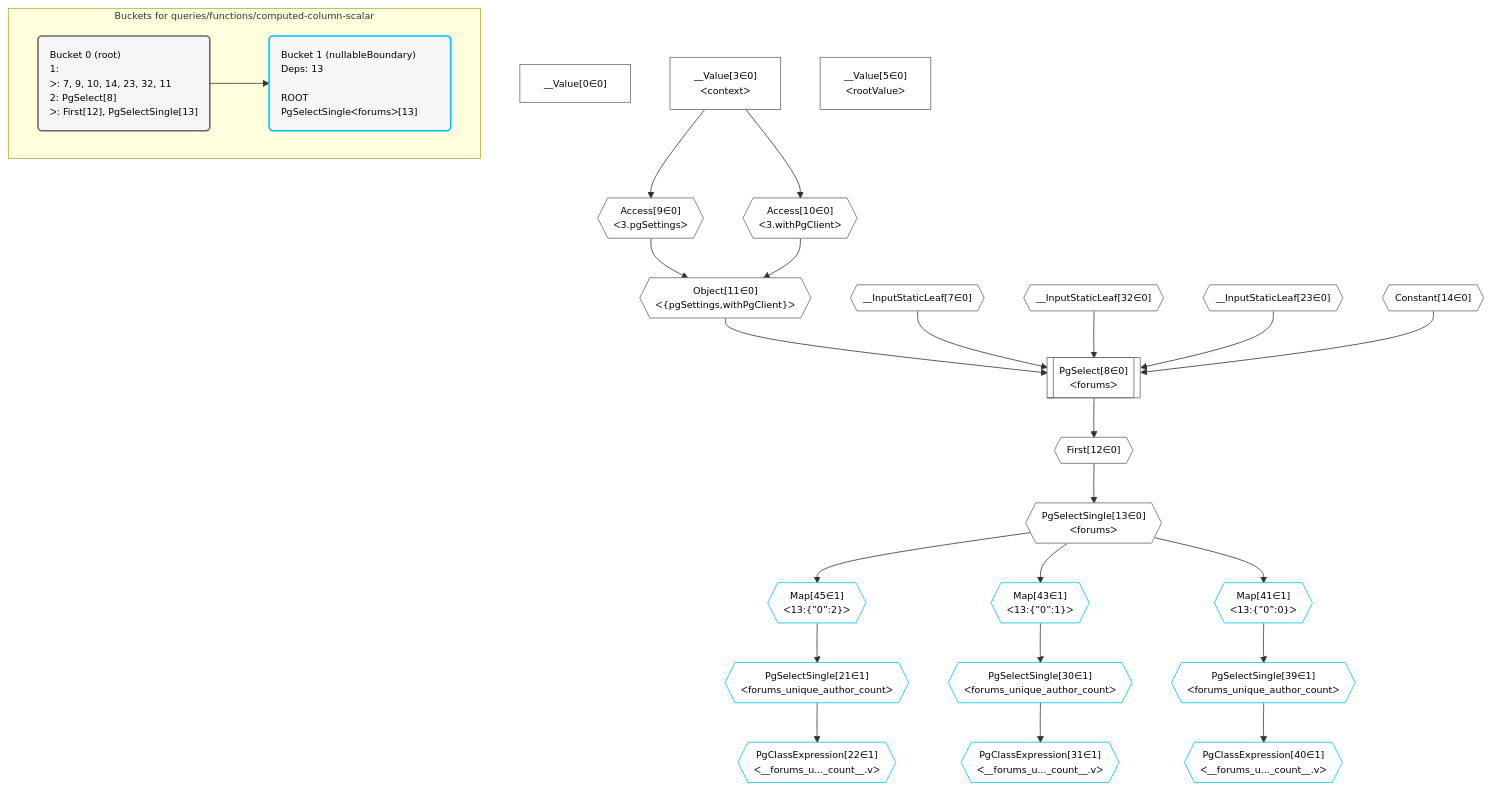
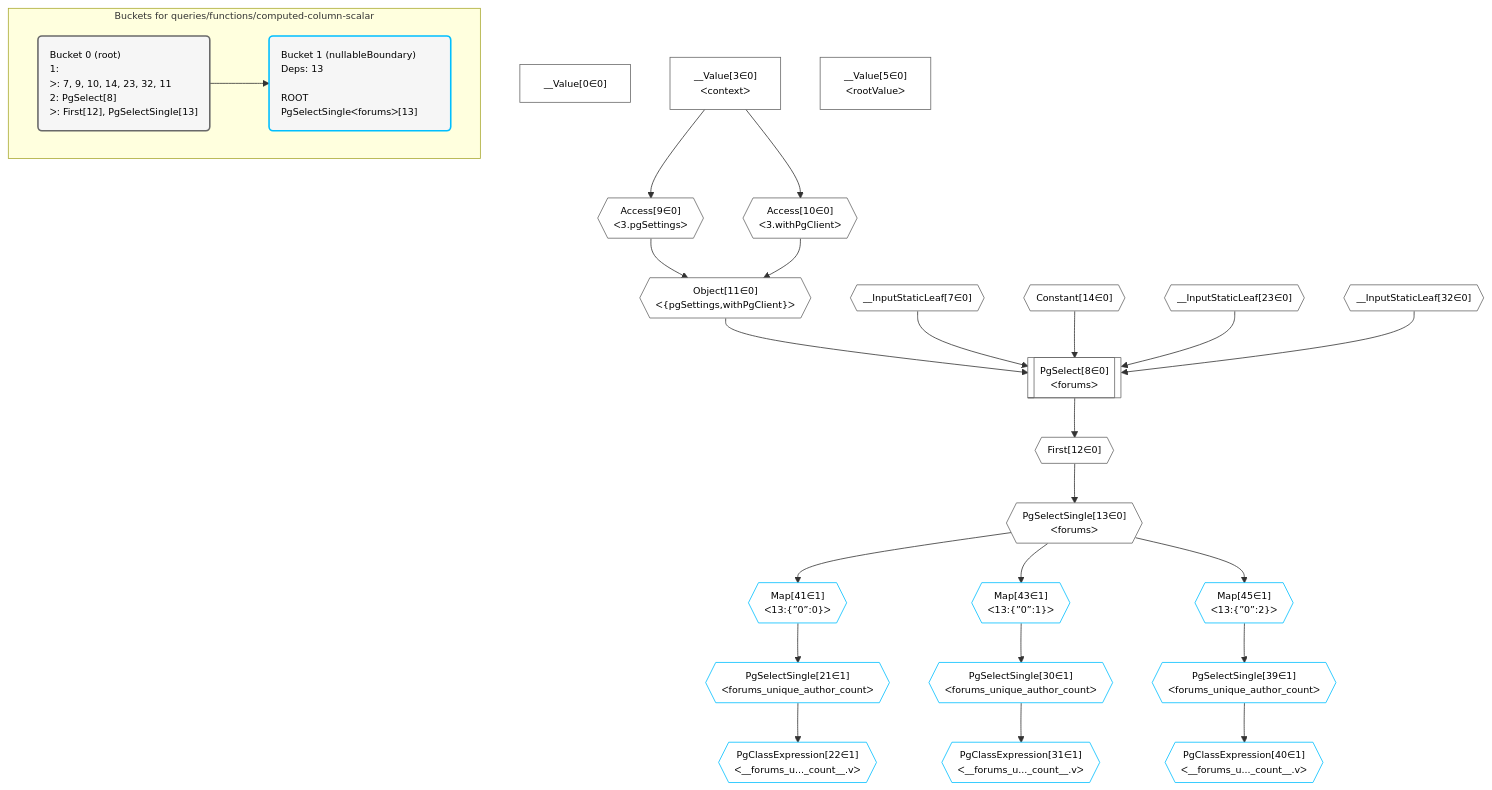
Before and after one commit to graphile/crystal: the diagram in grafast/dataplan-pg/__tests__/queries/functions/computed-column-scalar.mermaid, drawn with Mermaid. The commit also changed 245 other files, not shown here.

```diff
--- a/grafast/dataplan-pg/__tests__/queries/functions/computed-column-scalar.mermaid
+++ b/grafast/dataplan-pg/__tests__/queries/functions/computed-column-scalar.mermaid
@@ -1,60 +1,60 @@
 %%{init: {'themeVariables': { 'fontSize': '12px'}}}%%
 graph TD
     classDef path fill:#eee,stroke:#000,color:#000
     classDef plan fill:#fff,stroke-width:1px,color:#000
     classDef itemplan fill:#fff,stroke-width:2px,color:#000
     classDef unbatchedplan fill:#dff,stroke-width:1px,color:#000
     classDef sideeffectplan fill:#fcc,stroke-width:2px,color:#000
     classDef bucket fill:#f6f6f6,color:#000,stroke-width:2px,text-align:left
 
 
     %% define steps
     __Value0["__Value[0∈0]"]:::plan
     __Value3["__Value[3∈0]<br />ᐸcontextᐳ"]:::plan
     __Value5["__Value[5∈0]<br />ᐸrootValueᐳ"]:::plan
     __InputStaticLeaf7{{"__InputStaticLeaf[7∈0]"}}:::plan
     Access9{{"Access[9∈0]<br />ᐸ3.pgSettingsᐳ"}}:::plan
     Access10{{"Access[10∈0]<br />ᐸ3.withPgClientᐳ"}}:::plan
     Object11{{"Object[11∈0]<br />ᐸ{pgSettings,withPgClient}ᐳ"}}:::plan
+    Constant14{{"Constant[14∈0]"}}:::plan
+    __InputStaticLeaf23{{"__InputStaticLeaf[23∈0]"}}:::plan
     __InputStaticLeaf32{{"__InputStaticLeaf[32∈0]"}}:::plan
-    __InputStaticLeaf23{{"__InputStaticLeaf[23∈0]"}}:::plan
-    Constant14{{"Constant[14∈0]"}}:::plan
     PgSelect8[["PgSelect[8∈0]<br />ᐸforumsᐳ"]]:::plan
     First12{{"First[12∈0]"}}:::plan
     PgSelectSingle13{{"PgSelectSingle[13∈0]<br />ᐸforumsᐳ"}}:::plan
-    Map45{{"Map[45∈1]<br />ᐸ13:{”0”:2}ᐳ"}}:::plan
+    Map41{{"Map[41∈1]<br />ᐸ13:{”0”:0}ᐳ"}}:::plan
     PgSelectSingle21{{"PgSelectSingle[21∈1]<br />ᐸforums_unique_author_countᐳ"}}:::plan
     PgClassExpression22{{"PgClassExpression[22∈1]<br />ᐸ__forums_u..._count__.vᐳ"}}:::plan
     Map43{{"Map[43∈1]<br />ᐸ13:{”0”:1}ᐳ"}}:::plan
     PgSelectSingle30{{"PgSelectSingle[30∈1]<br />ᐸforums_unique_author_countᐳ"}}:::plan
     PgClassExpression31{{"PgClassExpression[31∈1]<br />ᐸ__forums_u..._count__.vᐳ"}}:::plan
-    Map41{{"Map[41∈1]<br />ᐸ13:{”0”:0}ᐳ"}}:::plan
+    Map45{{"Map[45∈1]<br />ᐸ13:{”0”:2}ᐳ"}}:::plan
     PgSelectSingle39{{"PgSelectSingle[39∈1]<br />ᐸforums_unique_author_countᐳ"}}:::plan
     PgClassExpression40{{"PgClassExpression[40∈1]<br />ᐸ__forums_u..._count__.vᐳ"}}:::plan
 
     %% plan dependencies
     __Value3 --> Access9
     __Value3 --> Access10
     Access9 & Access10 --> Object11
-    Object11 & __InputStaticLeaf7 & __InputStaticLeaf32 & __InputStaticLeaf23 & Constant14 --> PgSelect8
+    Object11 & __InputStaticLeaf7 & Constant14 & __InputStaticLeaf23 & __InputStaticLeaf32 --> PgSelect8
     PgSelect8 --> First12
     First12 --> PgSelectSingle13
-    PgSelectSingle13 --> Map45
-    Map45 --> PgSelectSingle21
+    PgSelectSingle13 --> Map41
+    Map41 --> PgSelectSingle21
     PgSelectSingle21 --> PgClassExpression22
     PgSelectSingle13 --> Map43
     Map43 --> PgSelectSingle30
     PgSelectSingle30 --> PgClassExpression31
-    PgSelectSingle13 --> Map41
-    Map41 --> PgSelectSingle39
+    PgSelectSingle13 --> Map45
+    Map45 --> PgSelectSingle39
     PgSelectSingle39 --> PgClassExpression40
 
     subgraph "Buckets for queries/functions/computed-column-scalar"
     Bucket0("Bucket 0 (root)<br />1: <br />ᐳ: 7, 9, 10, 14, 23, 32, 11<br />2: PgSelect[8]<br />ᐳ: First[12], PgSelectSingle[13]"):::bucket
     classDef bucket0 stroke:#696969
     class Bucket0,__Value0,__Value3,__Value5,__InputStaticLeaf7,PgSelect8,Access9,Access10,Object11,First12,PgSelectSingle13,Constant14,__InputStaticLeaf23,__InputStaticLeaf32 bucket0
     Bucket1("Bucket 1 (nullableBoundary)<br />Deps: 13<br /><br />ROOT PgSelectSingleᐸforumsᐳ[13]"):::bucket
     classDef bucket1 stroke:#00bfff
     class Bucket1,PgSelectSingle21,PgClassExpression22,PgSelectSingle30,PgClassExpression31,PgSelectSingle39,PgClassExpression40,Map41,Map43,Map45 bucket1
     Bucket0 --> Bucket1
     end
```
